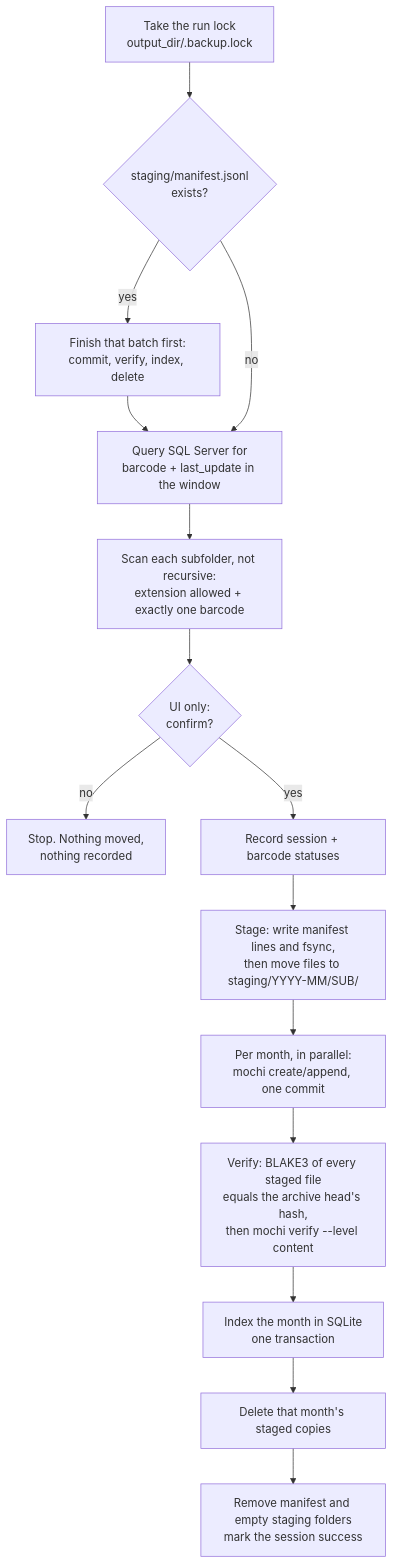
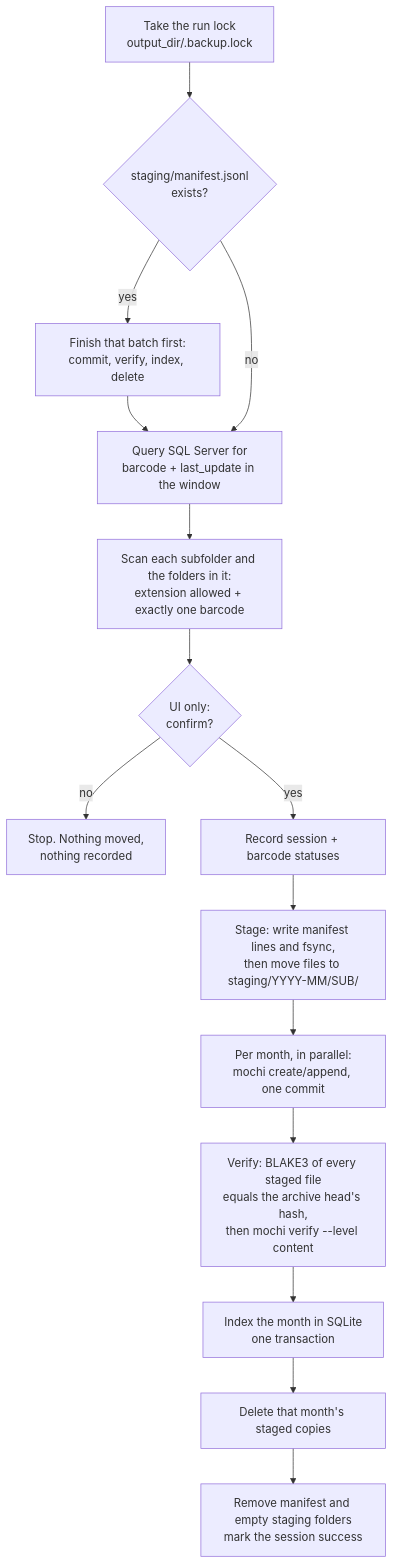
The diagram in docs/how-it-works.md (Sepiolina/Finisar_Logs_backup), drawn with Mermaid before and after one commit. The commit also changed other lines of this file and 6 other files, not shown here.

````diff
--- a/docs/how-it-works.md
+++ b/docs/how-it-works.md
@@ -9,17 +9,17 @@
 ```mermaid
 flowchart TD
     L[Take the run lock<br/>output_dir/.backup.lock] --> R{staging/manifest.jsonl<br/>exists?}
     R -- yes --> RF[Finish that batch first:<br/>commit, verify, index, delete]
     RF --> Q
     R -- no --> Q[Query SQL Server for<br/>barcode + last_update in the window]
-    Q --> S[Scan each subfolder, not recursive:<br/>extension allowed + exactly one barcode]
+    Q --> S[Scan each subfolder and the folders in it:<br/>extension allowed + exactly one barcode]
     S --> C{UI only:<br/>confirm?}
     C -- no --> X[Stop. Nothing moved,<br/>nothing recorded]
     C -- yes --> B[Record session + barcode statuses]
     B --> ST[Stage: write manifest lines and fsync,<br/>then move files to staging/YYYY-MM/SUB/]
     ST --> M[Per month, in parallel:<br/>mochi create/append, one commit]
     M --> V[Verify: BLAKE3 of every staged file<br/>equals the archive head's hash,<br/>then mochi verify --level content]
     V --> I[Index the month in SQLite<br/>one transaction]
     I --> D[Delete that month's staged copies]
     D --> E[Remove manifest and empty staging folders<br/>mark the session success]
 ```
````
